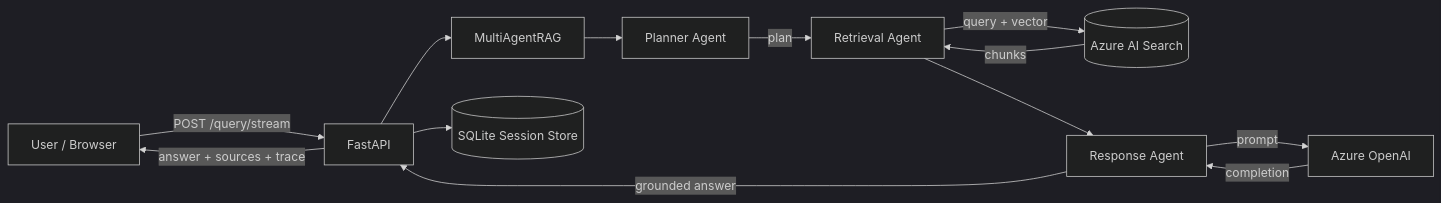
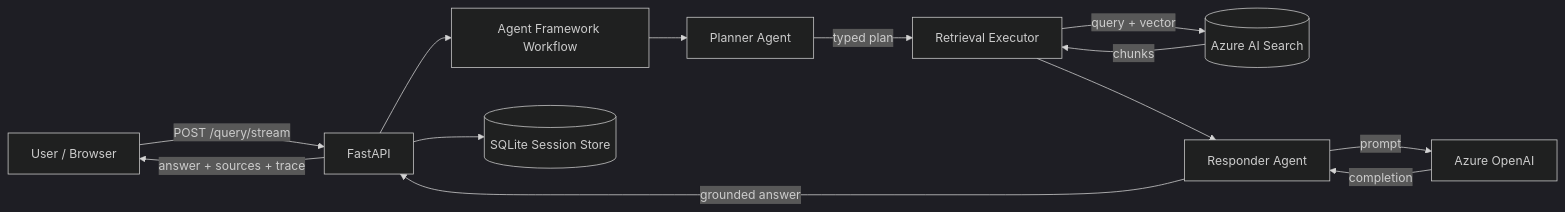
Before and after one commit to benny140/ai_engineer: the first of 2 diagrams in ARCHITECTURE.md, drawn with Mermaid (dark theme). The commit also changed other lines of this file and 14 other files, not shown here.

````diff
--- a/ARCHITECTURE.md
+++ b/ARCHITECTURE.md
@@ -27,15 +28,15 @@
 ```mermaid
 flowchart LR
     U[User / Browser] -->|POST /query/stream| API[FastAPI]
-    API --> ORCH[MultiAgentRAG]
+    API --> ORCH[Agent Framework Workflow]
     ORCH --> P[Planner Agent]
-    P -->|plan| R[Retrieval Agent]
+    P -->|typed plan| R[Retrieval Executor]
     R -->|query + vector| AIS[(Azure AI Search)]
     AIS -->|chunks| R
-    R --> RESP[Response Agent]
+    R --> RESP[Responder Agent]
     RESP -->|prompt| AOAI[Azure OpenAI]
     AOAI -->|completion| RESP
     RESP -->|grounded answer| API
     API --> SS[(SQLite Session Store)]
     API -->|answer + sources + trace| U
 ```
````
